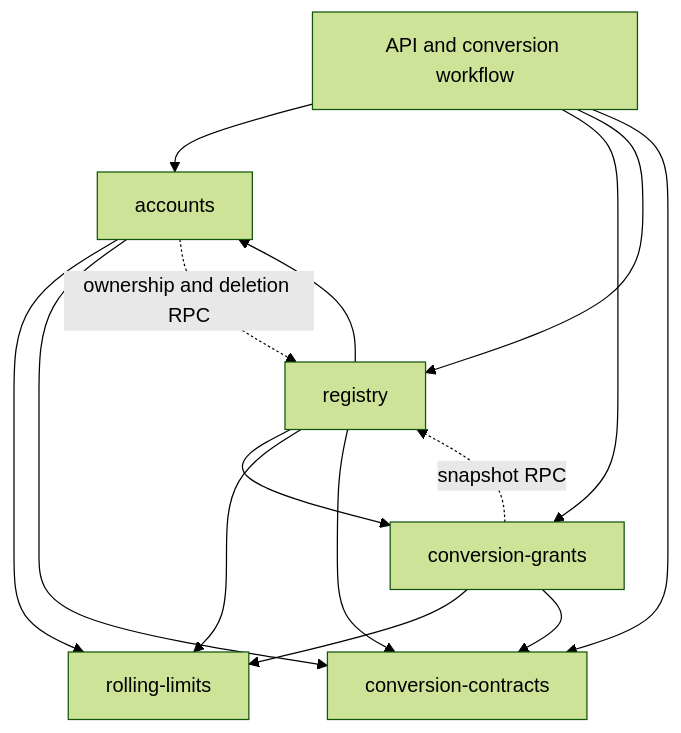
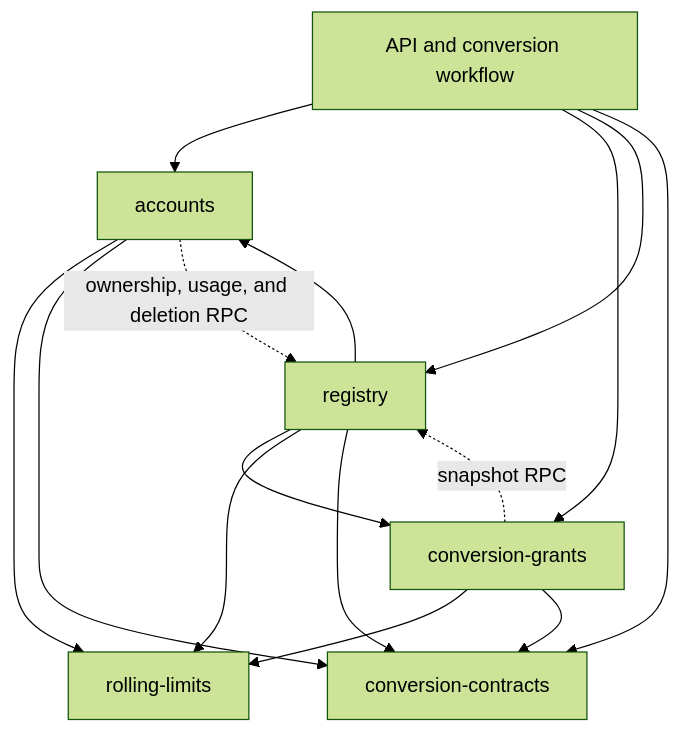
One commit to patricktree/cup changed the second of 2 diagrams in docs/architecture/README.md. Above: the diagram before and after it, drawn with Mermaid (forest theme). The commit also changed other lines of this file and 33 other files, not shown here.

First line of the commit message:
feat(registry): project account usage for operator account listings (#20)

````diff
--- a/docs/architecture/README.md
+++ b/docs/architecture/README.md
@@ -62,17 +62,17 @@
 ```mermaid
 flowchart TD
     API[API and conversion workflow] --> Accounts[accounts]
     API --> Grants[conversion-grants]
     API --> Registry[registry]
     API --> Contracts[conversion-contracts]
     Registry --> Accounts
     Registry --> Grants
     Accounts --> Limits[rolling-limits]
     Grants --> Limits
     Registry --> Limits
     Accounts --> Contracts
     Grants --> Contracts
     Registry --> Contracts
-    Accounts -. ownership and deletion RPC .-> Registry
+    Accounts -. ownership, usage, and deletion RPC .-> Registry
     Grants -. snapshot RPC .-> Registry
 ```
````
